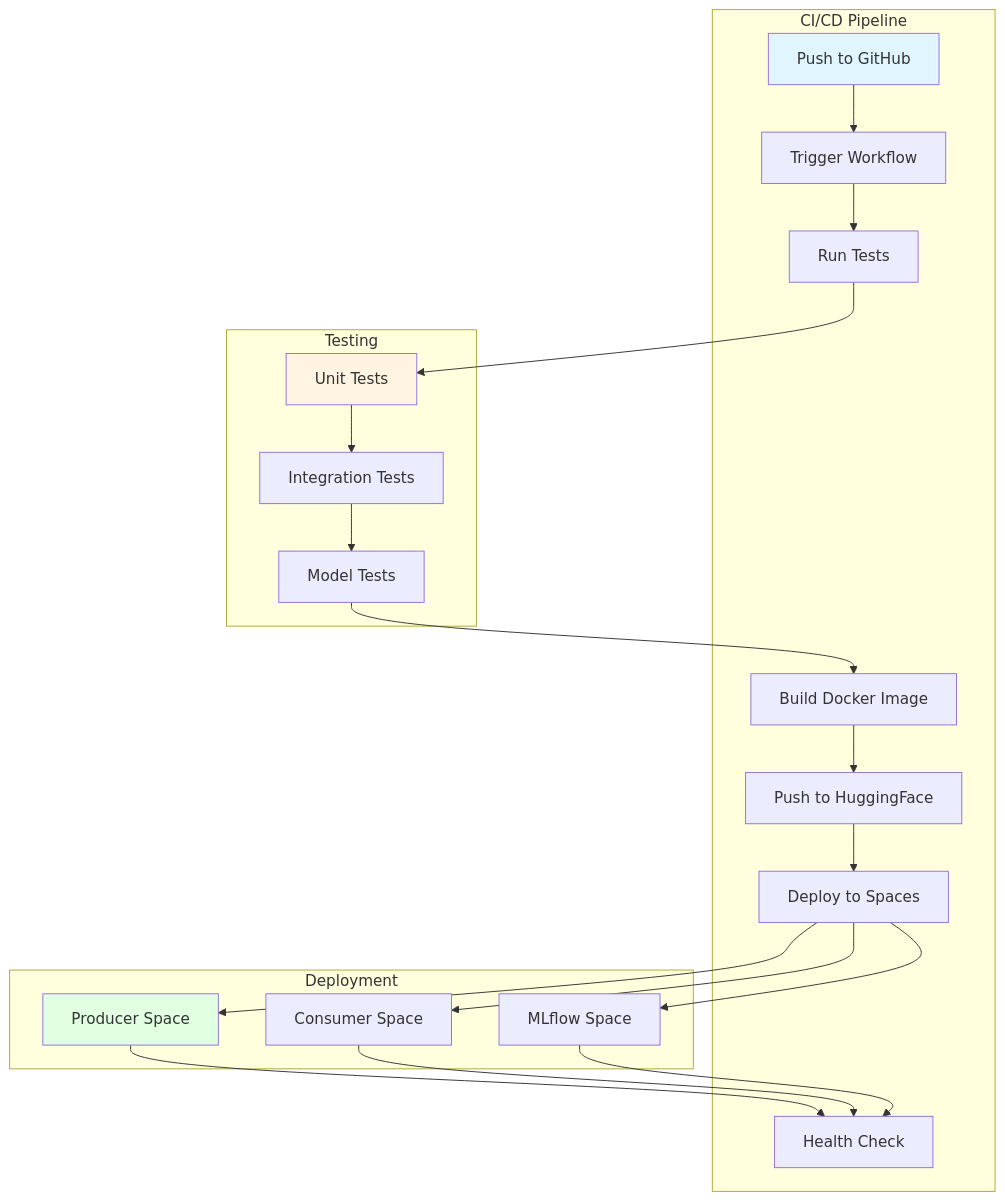
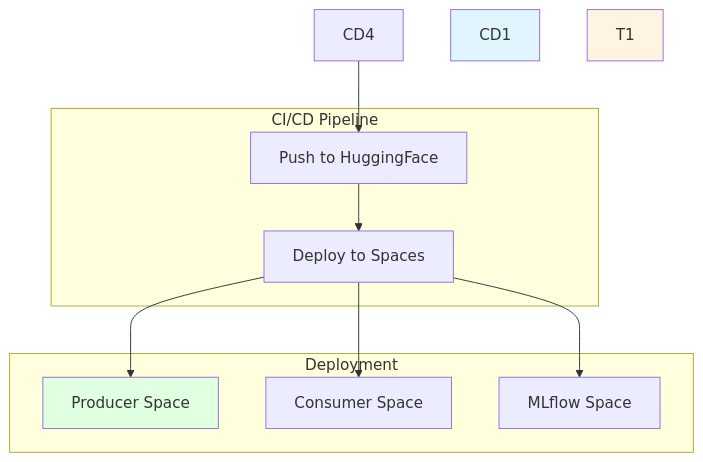
Diagram 12 of 16 in Services/docsify/docs/deployment.md (jefraudai/jefraudai), drawn with Mermaid before and after one commit. The commit also changed other lines of this file and 6 other files, not shown here.

````diff
--- a/Services/docsify/docs/deployment.md
+++ b/Services/docsify/docs/deployment.md
@@ -525,43 +425,23 @@
 ```mermaid
 graph TD
     subgraph "CI/CD Pipeline"
-        CD1[Push to GitHub]
-        CD2[Trigger Workflow]
-        CD3[Run Tests]
-        CD4[Build Docker Image]
         CD5[Push to HuggingFace]
         CD6[Deploy to Spaces]
-        CD7[Health Check]
-    end
-    
-    subgraph "Testing"
-        T1[Unit Tests]
-        T2[Integration Tests]
-        T3[Model Tests]
     end
     
     subgraph "Deployment"
         D1[Producer Space]
         D2[Consumer Space]
         D3[MLflow Space]
     end
     
-    CD1 --> CD2
-    CD2 --> CD3
-    CD3 --> T1
-    T1 --> T2
-    T2 --> T3
-    T3 --> CD4
     CD4 --> CD5
     CD5 --> CD6
     CD6 --> D1
     CD6 --> D2
     CD6 --> D3
-    D1 --> CD7
-    D2 --> CD7
-    D3 --> CD7
     
     style CD1 fill:#e1f5ff
     style T1 fill:#fff4e1
     style D1 fill:#e1ffe1
 ```
````
